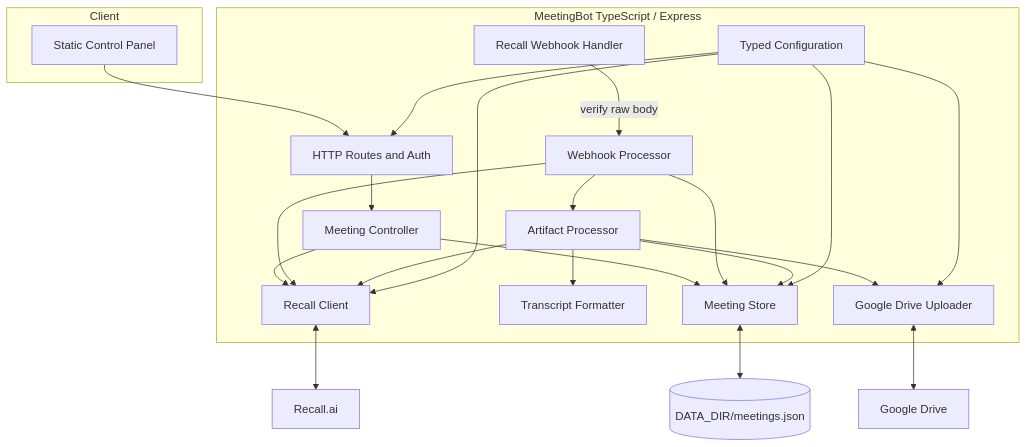
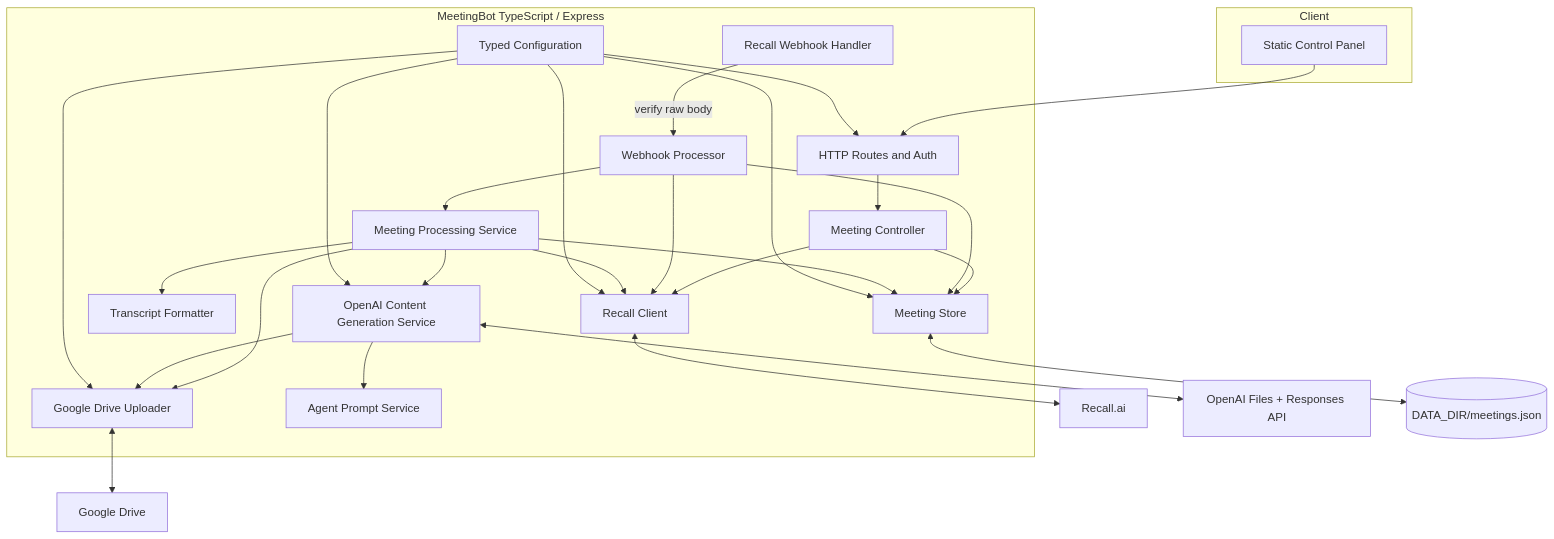
The second of 8 diagrams in docs/ARCHITECTURE.md (iwkz-dev/meetingbot), drawn with Mermaid before and after one commit. The commit also changed other lines of this file and 18 other files, not shown here.

Commit message:
feat: harden ai content generation operations

````diff
--- a/docs/ARCHITECTURE.md
+++ b/docs/ARCHITECTURE.md
@@ -52,43 +50,51 @@
 ```mermaid
 flowchart TB
     subgraph Client
         CP[Static Control Panel]
     end
 
     subgraph MeetingBot[MeetingBot TypeScript / Express]
         HTTP[HTTP Routes and Auth]
         MC[Meeting Controller]
         RC[Recall Client]
         WH[Recall Webhook Handler]
         WP[Webhook Processor]
-        AP[Artifact Processor]
+        AP[Meeting Processing Service]
         TF[Transcript Formatter]
         GD[Google Drive Uploader]
         MS[Meeting Store]
         CFG[Typed Configuration]
+        OAI[OpenAI Content Generation Service]
+        APS[Agent Prompt Service]
     end
 
     CP --> HTTP
     HTTP --> MC
     MC --> RC
     MC --> MS
 
     WH -->|verify raw body| WP
     WP --> MS
     WP --> RC
     WP --> AP
 
     AP --> RC
     AP --> TF
     AP --> GD
+    AP --> OAI
     AP --> MS
+
+    OAI --> APS
+    OAI --> GD
 
     CFG --> HTTP
     CFG --> RC
     CFG --> GD
     CFG --> MS
+    CFG --> OAI
 
     RC <--> Recall[Recall.ai]
     GD <--> Drive[Google Drive]
+    OAI <--> OpenAI[OpenAI Files + Responses API]
     MS <--> JSON[(DATA_DIR/meetings.json)]
 ```
````
